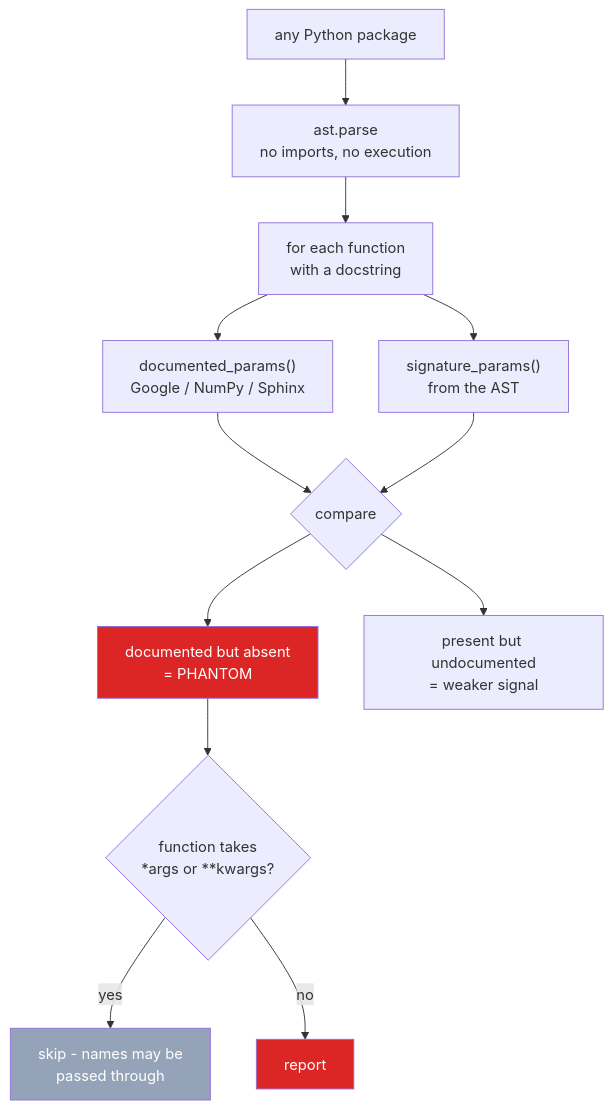
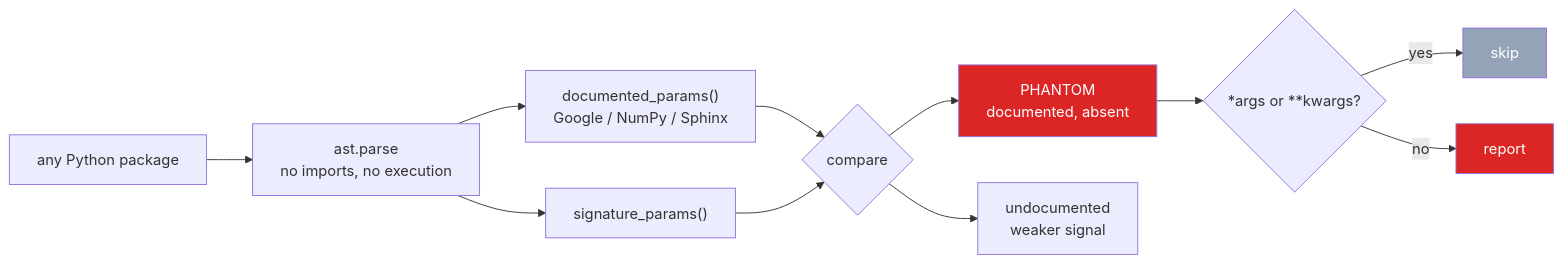
Before and after one commit to hammas159/docstring-drift: the diagram in README.md, drawn with Mermaid. The commit also changed other lines of this file and 5 other files, not shown here.

````diff
--- a/README.md
+++ b/README.md
@@ -110,17 +70,17 @@
 ```mermaid
-flowchart TD
+flowchart LR
     A["any Python package"] --> B["ast.parse<br/>no imports, no execution"]
-    B --> C["for each function<br/>with a docstring"]
-    C --> D["documented_params()<br/>Google / NumPy / Sphinx"]
-    C --> E["signature_params()<br/>from the AST"]
-    D --> F{"compare"}
-    E --> F
-    F --> G["documented but absent<br/>= PHANTOM"]
-    F --> H["present but undocumented<br/>= weaker signal"]
-    G --> I{"function takes<br/>*args or **kwargs?"}
-    I -->|"yes"| J["skip - names may be<br/>passed through"]
-    I -->|"no"| K["report"]
-    style G fill:#dc2626,color:#fff
-    style K fill:#dc2626,color:#fff
-    style J fill:#94a3b8,color:#fff
+    B --> C["documented_params()<br/>Google / NumPy / Sphinx"]
+    B --> D["signature_params()"]
+    C --> E{"compare"}
+    D --> E
+    E --> F["PHANTOM<br/>documented, absent"]
+    E --> G["undocumented<br/>weaker signal"]
+    F --> H{"*args or **kwargs?"}
+    H -->|"yes"| I["skip"]
+    H -->|"no"| J["report"]
+
+    style F fill:#dc2626,color:#fff
+    style J fill:#dc2626,color:#fff
+    style I fill:#94a3b8,color:#fff
 ```
````
